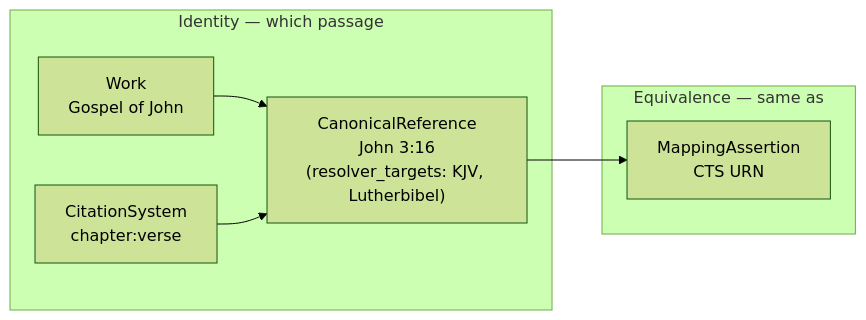
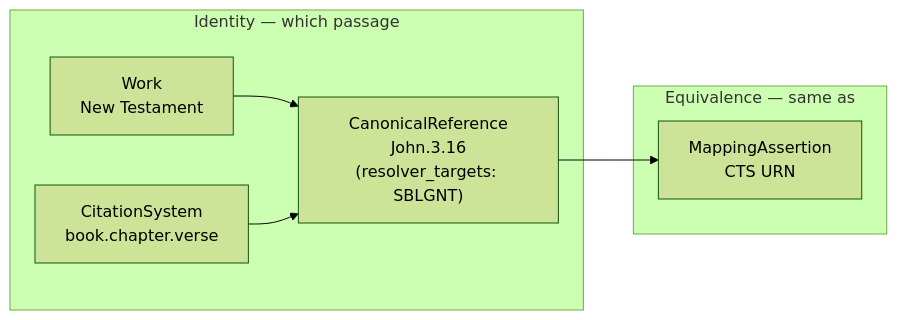
Before and after one commit to textrefs/textrefs.org: the diagram in src/content/docs/standard/index.md, drawn with Mermaid (forest theme). The commit also changed other lines of this file and 6 other files, not shown here.

````diff
--- a/src/content/docs/standard/index.md
+++ b/src/content/docs/standard/index.md
@@ -16,14 +16,14 @@
 ```mermaid
 flowchart LR
     subgraph identity ["Identity — which passage"]
-        W["Work<br/>Gospel of John"]
-        CS["CitationSystem<br/>chapter:verse"]
-        CR["CanonicalReference<br/>John 3:16<br/>(resolver_targets: KJV, Lutherbibel)"]
+        W["Work<br/>New Testament"]
+        CS["CitationSystem<br/>book.chapter.verse"]
+        CR["CanonicalReference<br/>John.3.16<br/>(resolver_targets: SBLGNT)"]
         W --> CR
         CS --> CR
     end
     subgraph equivalence ["Equivalence — same as"]
         MA["MappingAssertion<br/>CTS URN"]
     end
     CR --> MA
 ```
````
